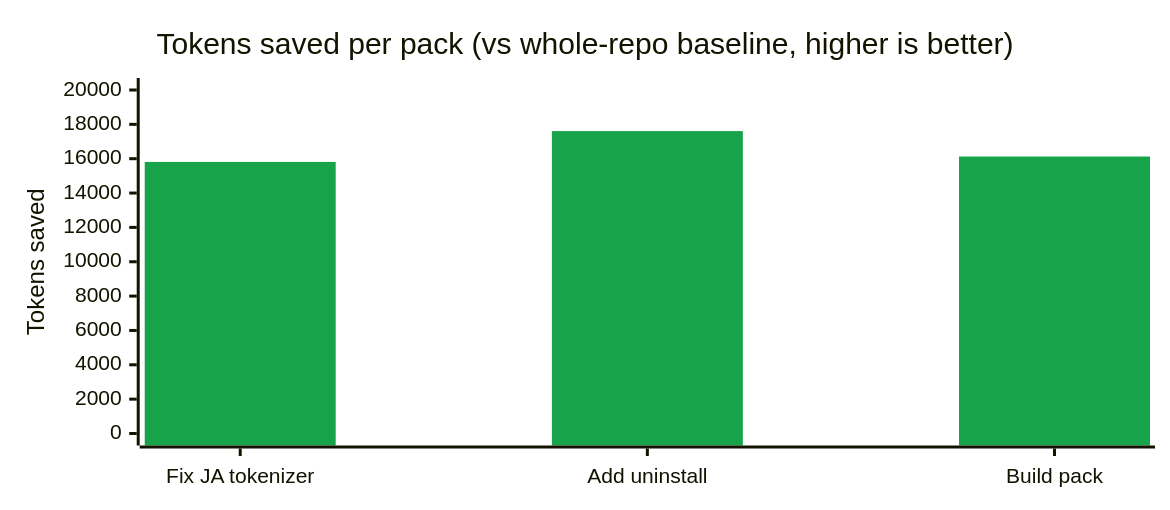
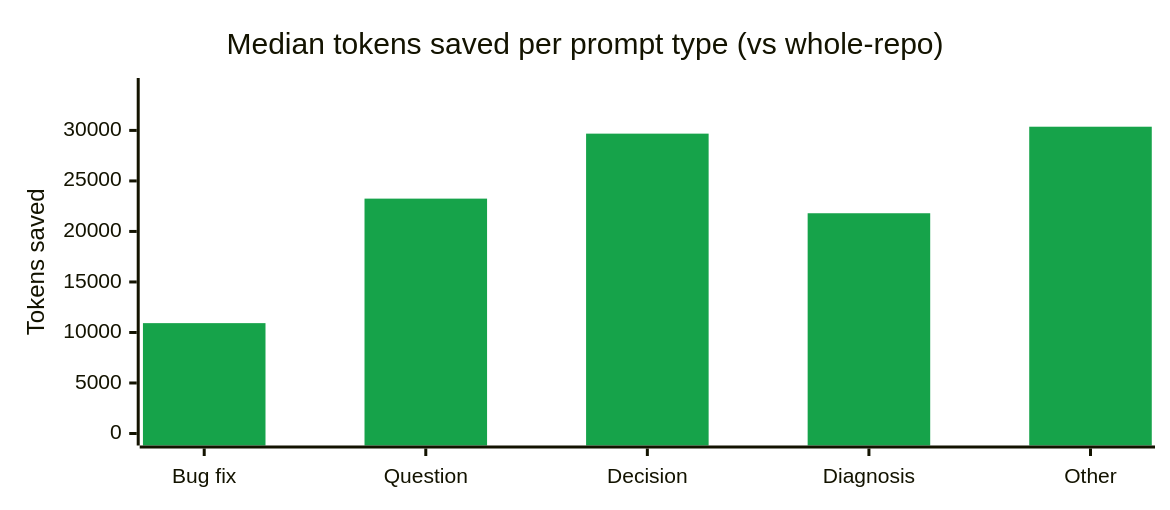
Before and after one commit to maikoo811/token-ops: the diagram in README.md, drawn with Mermaid. The commit also changed other lines of this file and 4 other files, not shown here.

First line of the commit message:
Switch Measured Savings to prompt-type breakdown from real session

````diff
--- a/README.md
+++ b/README.md
@@ -11,16 +17,16 @@
 ```mermaid
 ---
 config:
   xyChart:
     width: 760
     height: 320
   themeVariables:
     xyChart:
       plotColorPalette: "#16a34a"
 ---
 xychart-beta
-  title "Tokens saved per pack (vs whole-repo baseline, higher is better)"
-  x-axis ["Fix JA tokenizer", "Add uninstall", "Build pack"]
-  y-axis "Tokens saved" 0 --> 20000
-  bar [15811, 17607, 16127]
+  title "Median tokens saved per prompt type (vs whole-repo)"
+  x-axis ["Bug fix", "Question", "Decision", "Diagnosis", "Other"]
+  y-axis "Tokens saved" 0 --> 34000
+  bar [10924, 23248, 29680, 21801, 30366]
 ```
````
